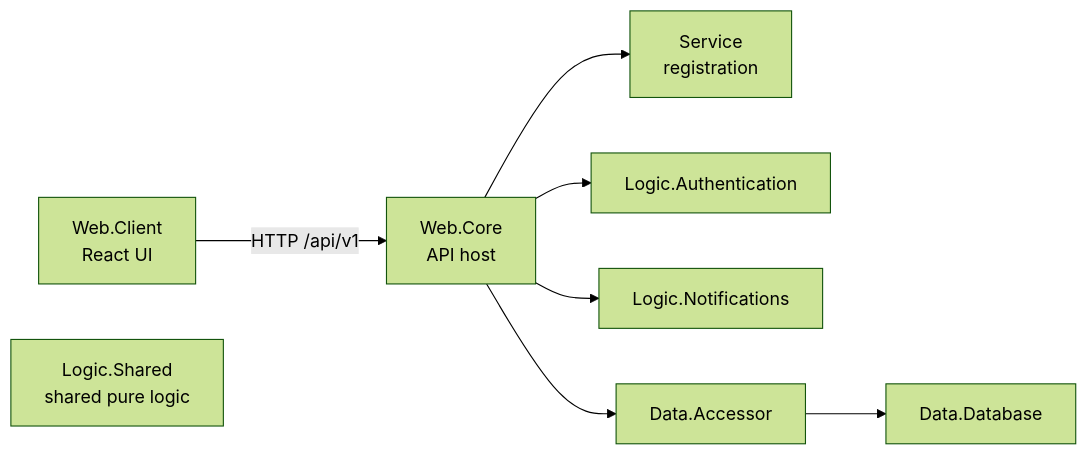
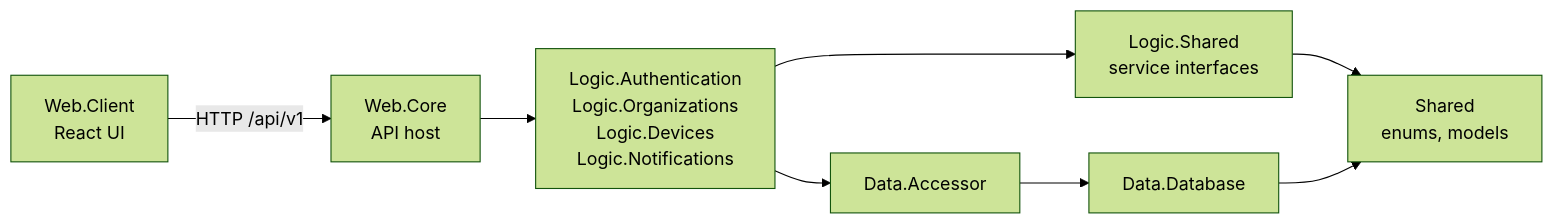
Before and after one commit to ManuelPeise/Merkwerk: the diagram in docs/infrastructure.README.md, drawn with Mermaid (forest theme). The commit also changed other lines of this file and 269 other files, not shown here.

````diff
--- a/docs/infrastructure.README.md
+++ b/docs/infrastructure.README.md
@@ -38,10 +38,10 @@
 ```mermaid
 flowchart LR
     Client["Web.Client<br/>React UI"] -->|"HTTP /api/v1"| Host["Web.Core<br/>API host"]
-    Host --> Service["Service<br/>registration"]
-    Host --> Auth["Logic.Authentication"]
-    Host --> Notifications["Logic.Notifications"]
-    Host --> Accessor["Data.Accessor"]
+    Host --> Logic["Logic.Authentication<br/>Logic.Organizations<br/>Logic.Devices<br/>Logic.Notifications"]
+    Logic --> LogicShared["Logic.Shared<br/>service interfaces"]
+    Logic --> Accessor["Data.Accessor"]
     Accessor --> Database["Data.Database"]
-    LogicShared["Logic.Shared<br/>shared pure logic"]
+    LogicShared --> Shared["Shared<br/>enums, models"]
+    Database --> Shared
 ```
````
